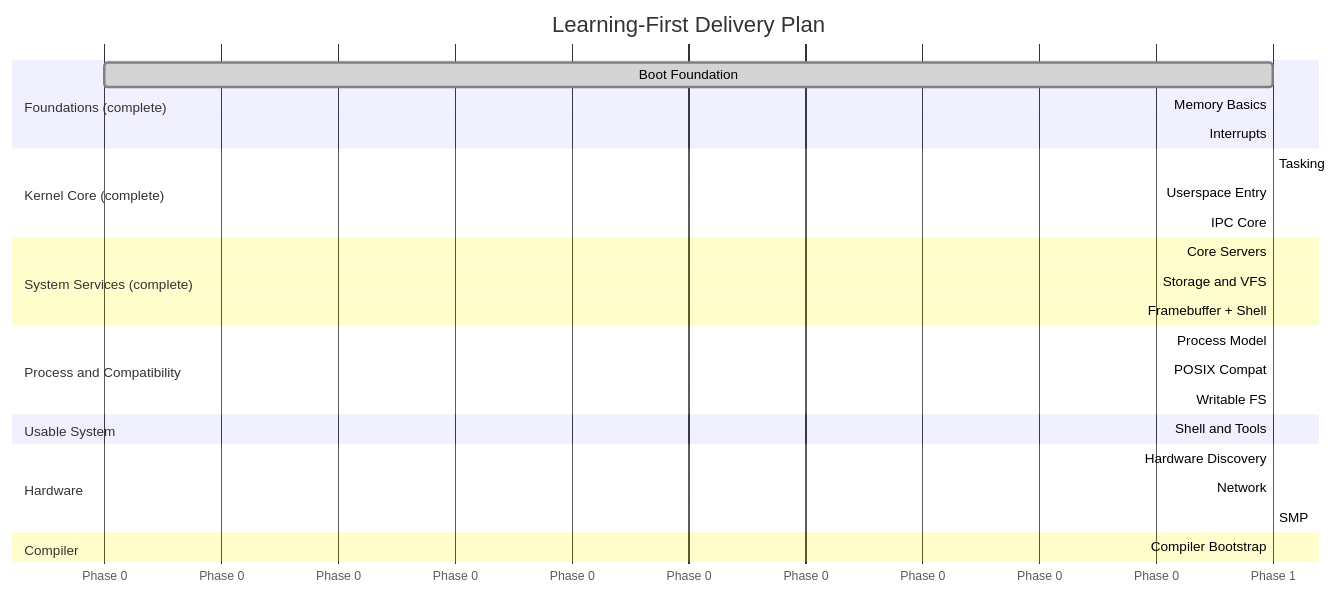
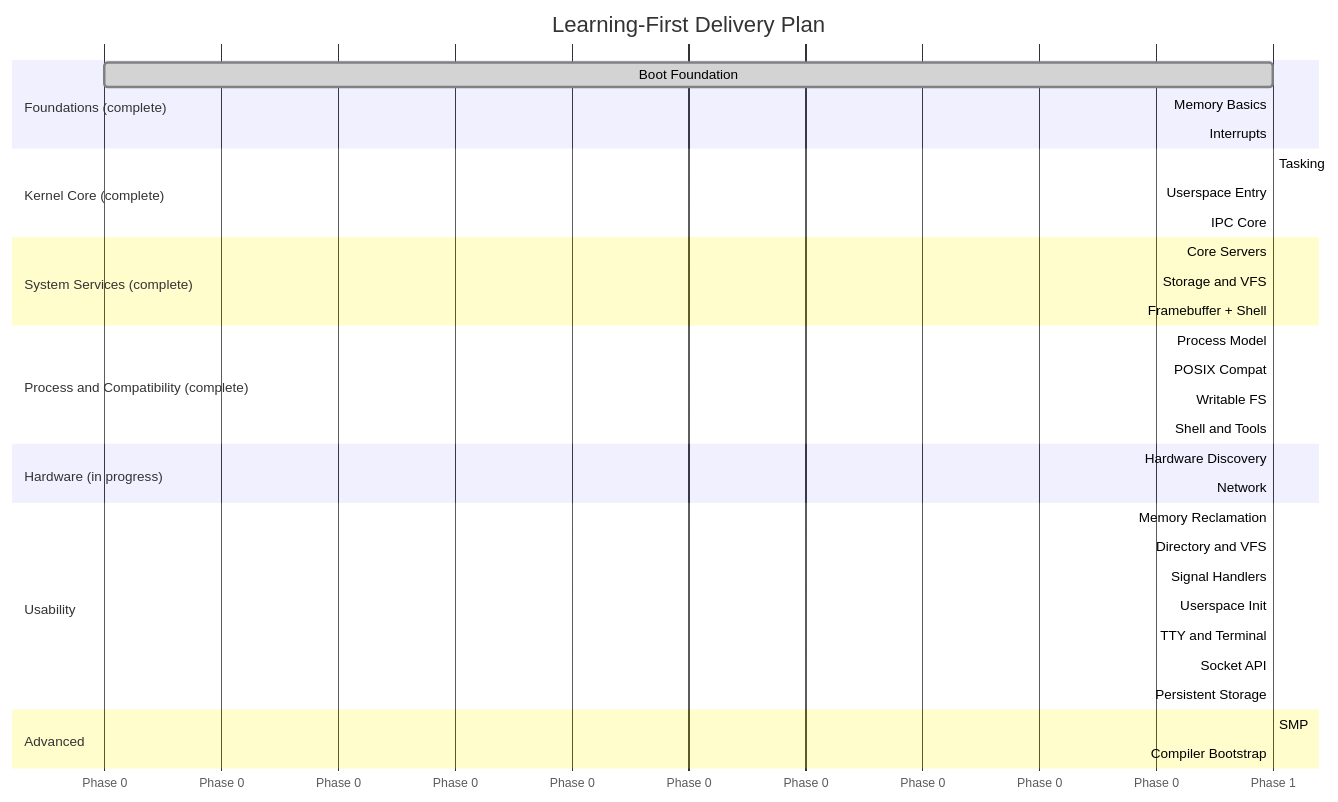
Before and after one commit to mikecubed/m3OS: the second of 2 diagrams in docs/roadmap/README.md, drawn with Mermaid. The commit also changed other lines of this file and 20 other files, not shown here.

First line of the commit message:
Restructure roadmap: phases 17-25 replace old 17-18 numbering

````diff
--- a/docs/roadmap/README.md
+++ b/docs/roadmap/README.md
@@ -99,37 +125,44 @@
 ```mermaid
 gantt
     title Learning-First Delivery Plan
     dateFormat X
     axisFormat Phase %s
 
     section Foundations (complete)
     Boot Foundation      :done, p1, 0, 1
     Memory Basics        :done, p2, after p1, 1
     Interrupts           :done, p3, after p1, 1
 
     section Kernel Core (complete)
     Tasking              :done, p4, after p2, 1
     Userspace Entry      :done, p5, after p4, 1
     IPC Core             :done, p6, after p5, 1
 
     section System Services (complete)
     Core Servers         :done, p7, after p6, 1
     Storage and VFS      :done, p8, after p7, 1
     Framebuffer + Shell  :done, p9, after p8, 1
 
-    section Process and Compatibility
-    Process Model        :p11, after p9, 1
-    POSIX Compat         :p12, after p11, 1
-    Writable FS          :p13, after p8, 1
+    section Process and Compatibility (complete)
+    Process Model        :done, p11, after p9, 1
+    POSIX Compat         :done, p12, after p11, 1
+    Writable FS          :done, p13, after p8, 1
+    Shell and Tools      :done, p14, after p12, 1
 
-    section Usable System
-    Shell and Tools      :p14, after p12, 1
+    section Hardware (in progress)
+    Hardware Discovery   :active, p15, after p3, 1
+    Network              :active, p16, after p15, 1
 
-    section Hardware
-    Hardware Discovery   :p15, after p3, 1
-    Network              :p16, after p15, 1
-    SMP                  :p17, after p15, 1
+    section Usability
+    Memory Reclamation   :p17, after p14, 1
+    Directory and VFS    :p18, after p17, 1
+    Signal Handlers      :p19, after p18, 1
+    Userspace Init       :p20, after p19, 1
+    TTY and Terminal     :p21, after p20, 1
+    Socket API           :p22, after p16, 1
+    Persistent Storage   :p23, after p18, 1
 
-    section Compiler
-    Compiler Bootstrap   :p18, after p14, 1
+    section Advanced
+    SMP                  :p24, after p17, 1
+    Compiler Bootstrap   :p25, after p23, 1
 ```
````
